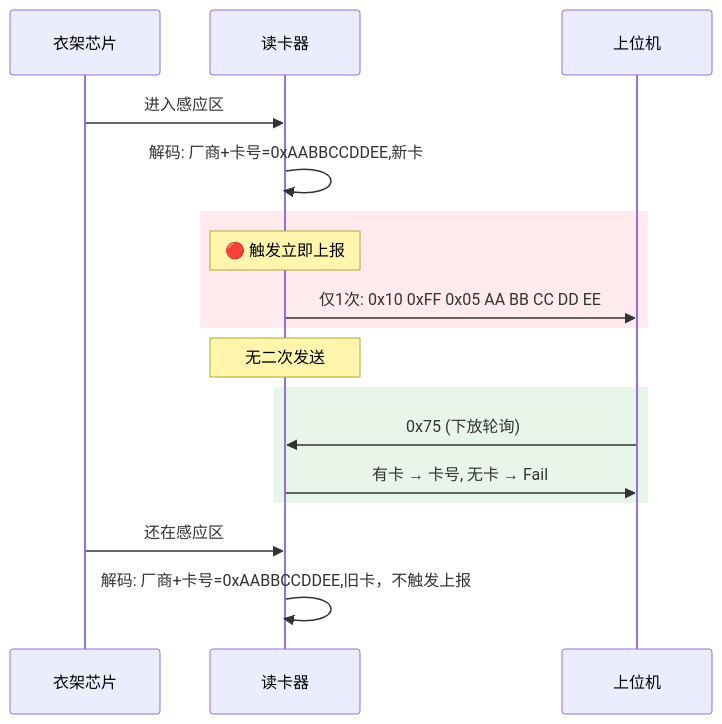
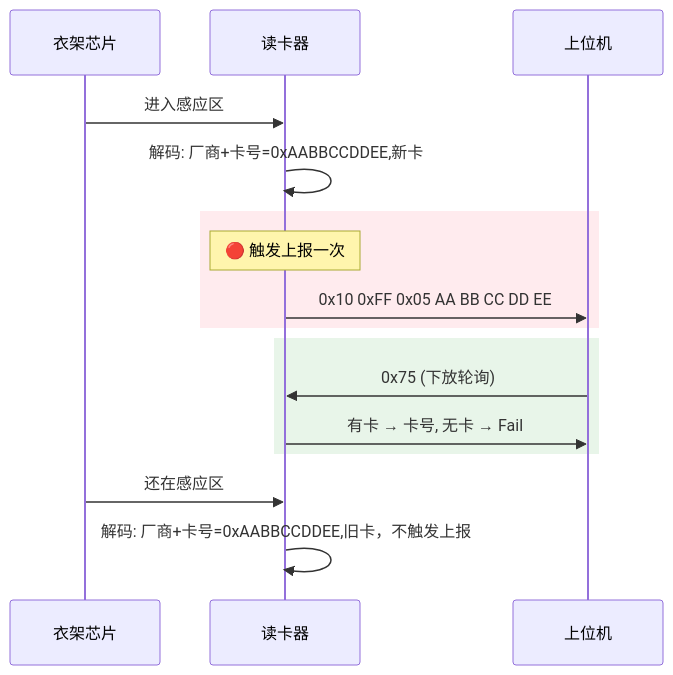
Before and after one commit to Siaiai/ObsidianNote: the third of 5 diagrams in 工作/[[SR3读卡器]]/260804SR3新框架整理.md, drawn with Mermaid. The commit also changed other lines of this file and 2 other files, not shown here.

````diff
--- a/工作/[[SR3读卡器]]/260804SR3新框架整理.md
+++ b/工作/[[SR3读卡器]]/260804SR3新框架整理.md
@@ -136,21 +135,20 @@
 ```mermaid
 sequenceDiagram
     participant 衣架芯片
     participant 读卡器
     participant 上位机
 
     衣架芯片->>读卡器: 进入感应区
     读卡器->>读卡器: 解码: 厂商+卡号=0xAABBCCDDEE,新卡
 
     rect rgb(255, 235, 238)
-        Note over 读卡器: 🔴 触发立即上报
-        读卡器->>上位机: 仅1次: 0x10 0xFF 0x05 AA BB CC DD EE
+        Note over 读卡器: 🔴 触发上报一次
+        读卡器->>上位机: 0x10 0xFF 0x05 AA BB CC DD EE
     end
-    Note over 读卡器: 无二次发送
     rect rgb(232, 245, 233)
         上位机->>读卡器: 0x75 (下放轮询)
         读卡器->>上位机: 有卡 → 卡号, 无卡 → Fail
     end
     衣架芯片->>读卡器: 还在感应区
     读卡器->>读卡器: 解码: 厂商+卡号=0xAABBCCDDEE,旧卡，不触发上报
 ```
````
